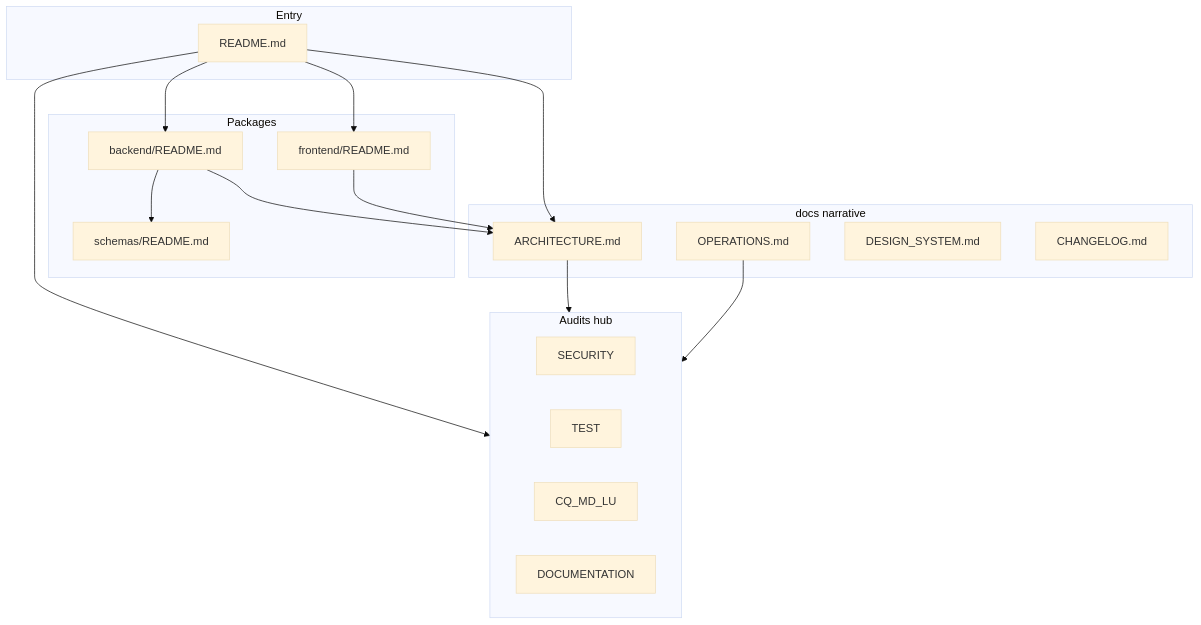
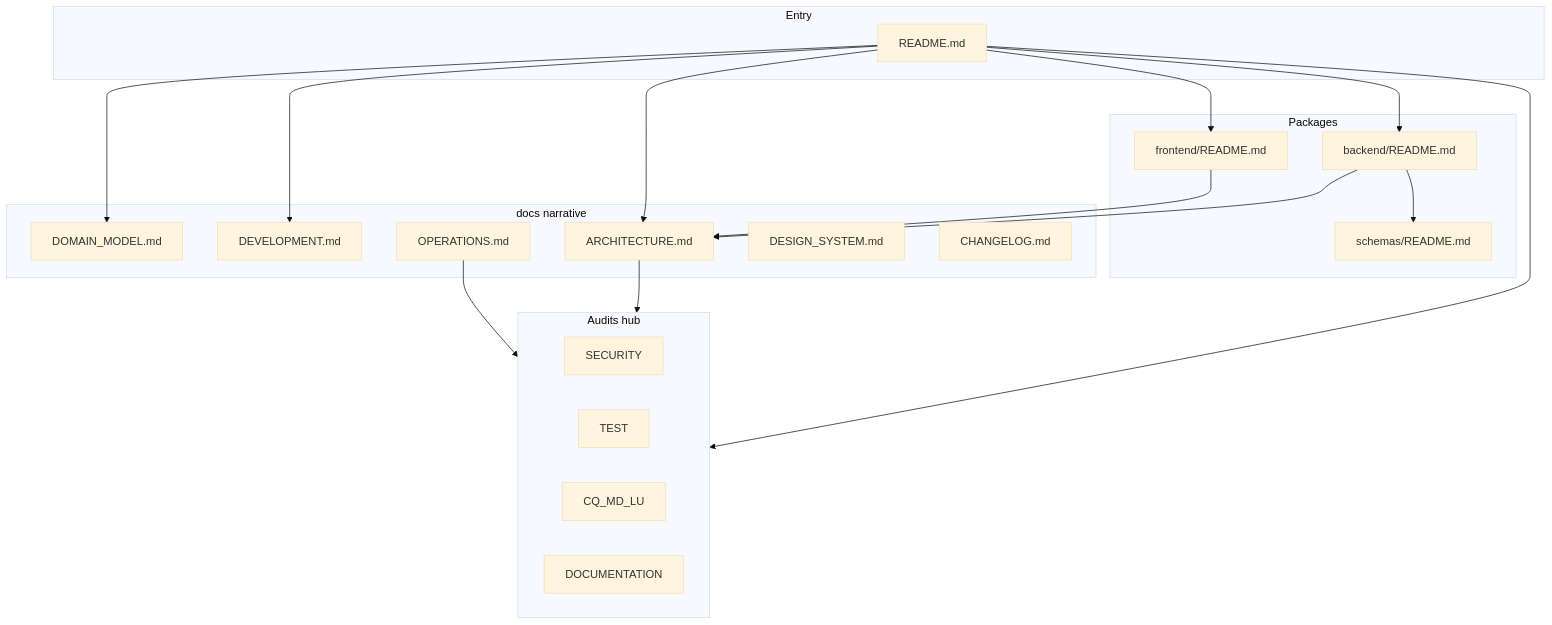
The diagram in docs/Audits/DOCUMENTATION_AUDIT.md (tattedweazel/mind-weave), drawn with Mermaid (base theme) before and after one commit. The commit also changed other lines of this file and 11 other files, not shown here.

First line of the commit message:
docs: restructure README and add DEVELOPMENT, DOMAIN_MODEL guides

````diff
--- a/docs/Audits/DOCUMENTATION_AUDIT.md
+++ b/docs/Audits/DOCUMENTATION_AUDIT.md
@@ -33,32 +33,36 @@
 ```mermaid
 flowchart TB
   subgraph entry [Entry]
     R[README.md]
   end
   subgraph packages [Packages]
     BR[backend/README.md]
     FR[frontend/README.md]
     SR[schemas/README.md]
   end
   subgraph docsnarrative [docs narrative]
+    DM[DOMAIN_MODEL.md]
+    DV[DEVELOPMENT.md]
     AR[ARCHITECTURE.md]
     OP[OPERATIONS.md]
     DS[DESIGN_SYSTEM.md]
     CL[CHANGELOG.md]
   end
   subgraph audits [Audits hub]
     A1[SECURITY]
     A2[TEST]
     A3[CQ_MD_LU]
     A4[DOCUMENTATION]
   end
+  R --> DM
+  R --> DV
   R --> BR
   R --> FR
   R --> AR
   BR --> AR
   FR --> AR
   R --> audits
   AR --> audits
   OP --> audits
   BR --> SR
 ```
````
